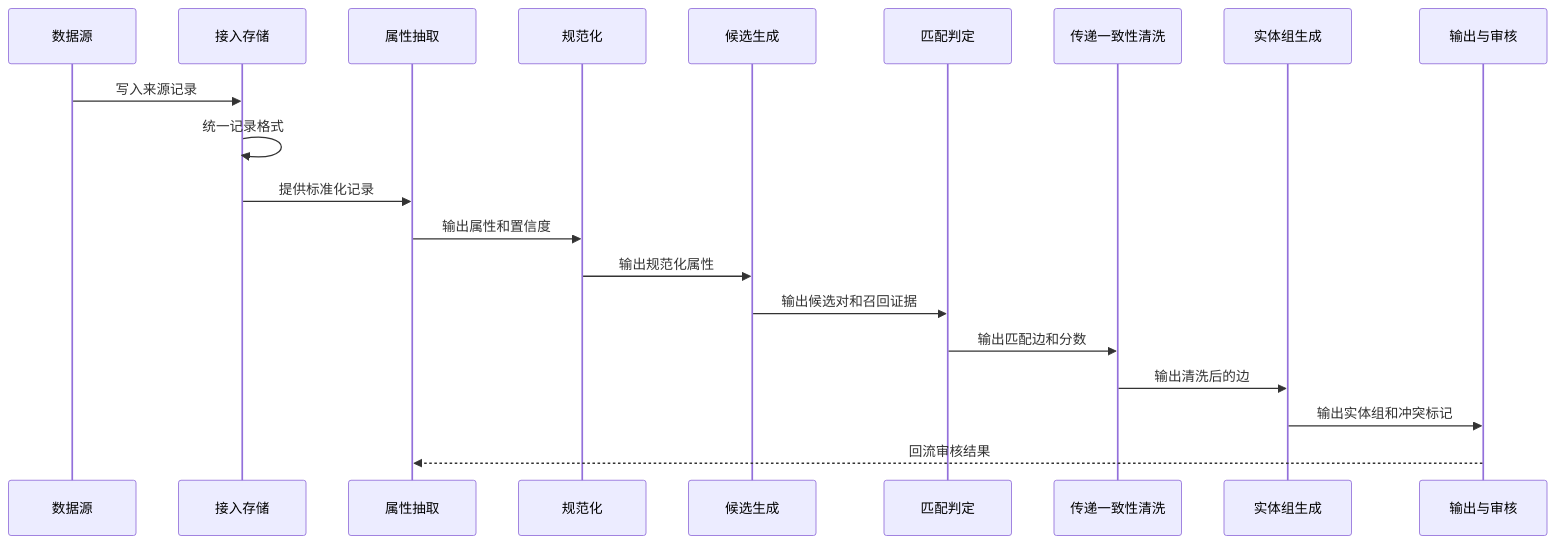
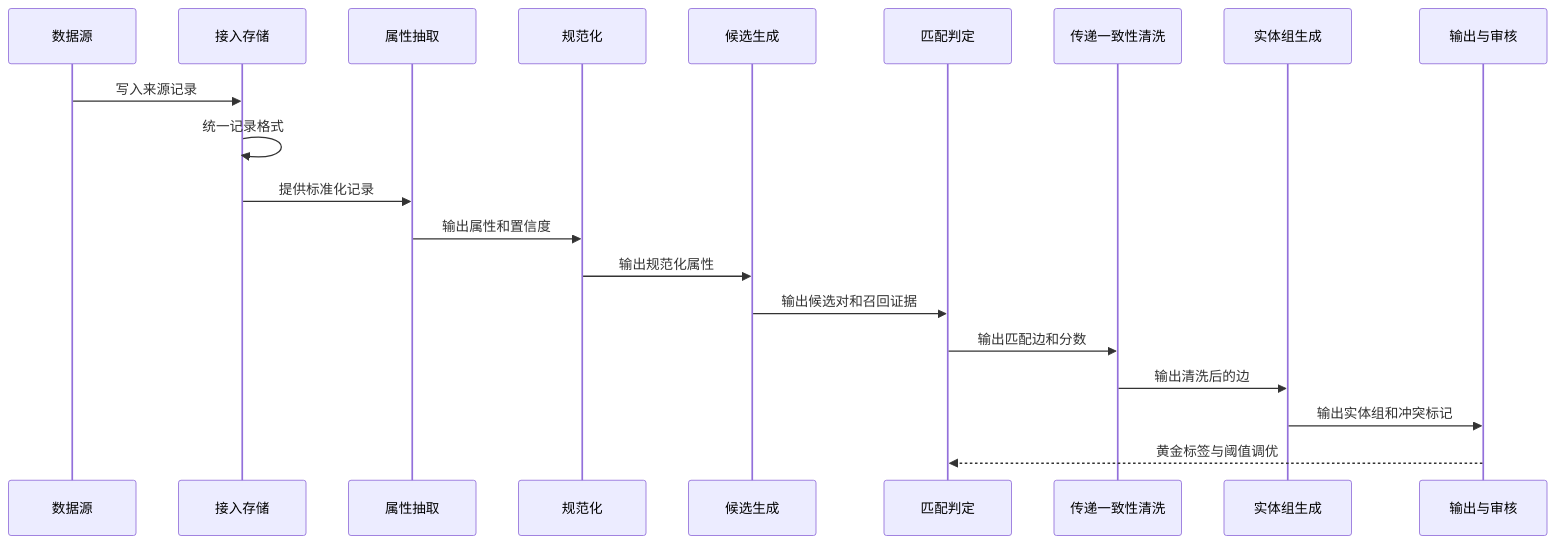
One commit to WorkerXu/my-doc changed the third of 6 diagrams in 多来源商品数据合并系统设计.md. Above: the diagram before and after it, drawn with Mermaid. The commit also changed other lines of this file, not shown here.

Commit message:
补充关键流程图、状态机与 ER 图，修正审核回流

````diff
--- a/多来源商品数据合并系统设计.md
+++ b/多来源商品数据合并系统设计.md
@@ -122,23 +135,23 @@
 ```mermaid
 sequenceDiagram
     participant SRC as 数据源
     participant ING as 接入存储
     participant EXT as 属性抽取
     participant NORM as 规范化
     participant BLK as 候选生成
     participant MAT as 匹配判定
     participant CLN as 传递一致性清洗
     participant GRP as 实体组生成
     participant OUT as 输出与审核
 
     SRC->>ING: 写入来源记录
     ING->>ING: 统一记录格式
     ING->>EXT: 提供标准化记录
     EXT->>NORM: 输出属性和置信度
     NORM->>BLK: 输出规范化属性
     BLK->>MAT: 输出候选对和召回证据
     MAT->>CLN: 输出匹配边和分数
     CLN->>GRP: 输出清洗后的边
     GRP->>OUT: 输出实体组和冲突标记
-    OUT-->>EXT: 回流审核结果
+    OUT-->>MAT: 黄金标签与阈值调优
 ```
````
